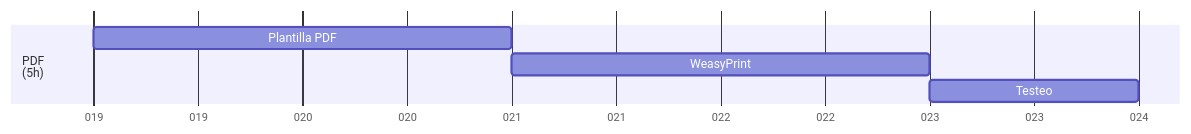
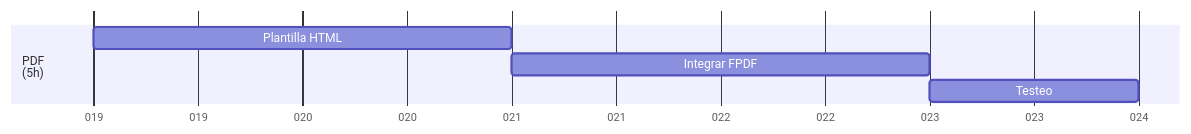
Before and after one commit to Covija97/badentracker: the fifth of 9 diagrams in .md/roadmap.md, drawn with Mermaid. The commit also changed other lines of this file, not shown here.

Commit message:
Refactor roadmap.md to update project planning, database design, and CRUD sections

````diff
--- a/.md/roadmap.md
+++ b/.md/roadmap.md
@@ -76,10 +77,10 @@
 ```mermaid
 gantt
     dateFormat  DDD
     axisFormat %j
 
     section PDF<br>(5h)
-    Plantilla PDF               : 01-19, 2d
-    WeasyPrint                  : 01-21, 2d
+    Plantilla HTML              : 01-19, 2d
+    Integrar FPDF               : 01-21, 2d
     Testeo                      : 01-23, 1d
- ```
+```
````
